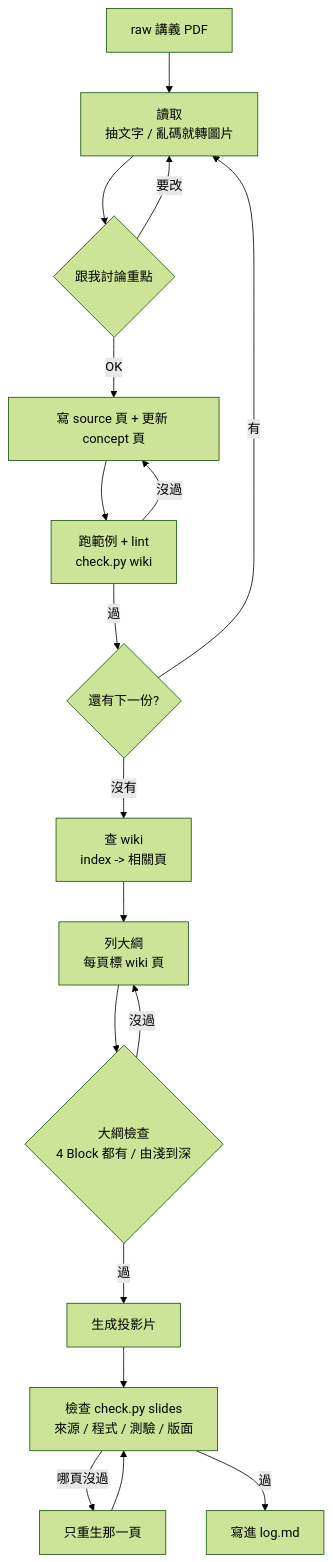
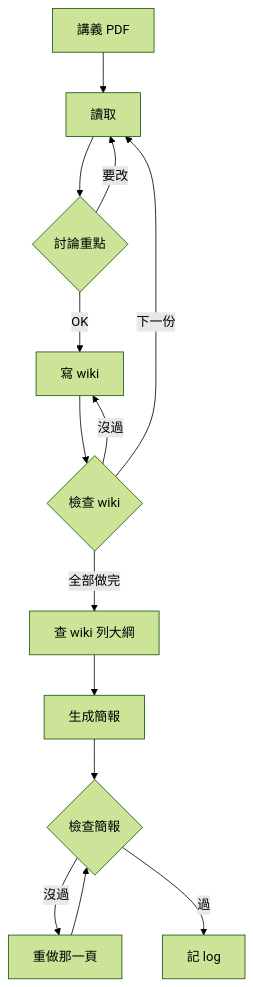
Before and after one commit to Irene0807/pcep-wiki: the diagram in workflow.md, drawn with Mermaid (forest theme). The commit also changed other lines of this file, not shown here.

````diff
--- a/workflow.md
+++ b/workflow.md
@@ -5,20 +3,16 @@
 ```mermaid
 flowchart TD
-    A[raw 講義 PDF] --> B[讀取<br>抽文字 / 亂碼就轉圖片]
-    B --> C{跟我討論重點}
+    A[講義 PDF] --> B[讀取]
+    B --> C{討論重點}
     C -- 要改 --> B
-    C -- OK --> D[寫 source 頁 + 更新 concept 頁]
-    D --> E[跑範例 + lint<br>check.py wiki]
+    C -- OK --> D[寫 wiki]
+    D --> E{檢查 wiki}
     E -- 沒過 --> D
-    E -- 過 --> F{還有下一份?}
-    F -- 有 --> B
-    F -- 沒有 --> G[查 wiki<br>index -> 相關頁]
-    G --> H[列大綱<br>每頁標 wiki 頁]
-    H --> I{大綱檢查<br>4 Block 都有 / 由淺到深}
-    I -- 沒過 --> H
-    I -- 過 --> J[生成投影片]
-    J --> K[檢查 check.py slides<br>來源 / 程式 / 測驗 / 版面]
-    K -- 哪頁沒過 --> L[只重生那一頁]
-    L --> K
-    K -- 過 --> M[寫進 log.md]
+    E -- 下一份 --> B
+    E -- 全部做完 --> F[查 wiki 列大綱]
+    F --> G[生成簡報]
+    G --> H{檢查簡報}
+    H -- 沒過 --> I[重做那一頁]
+    I --> H
+    H -- 過 --> J[記 log]
 ```
````
